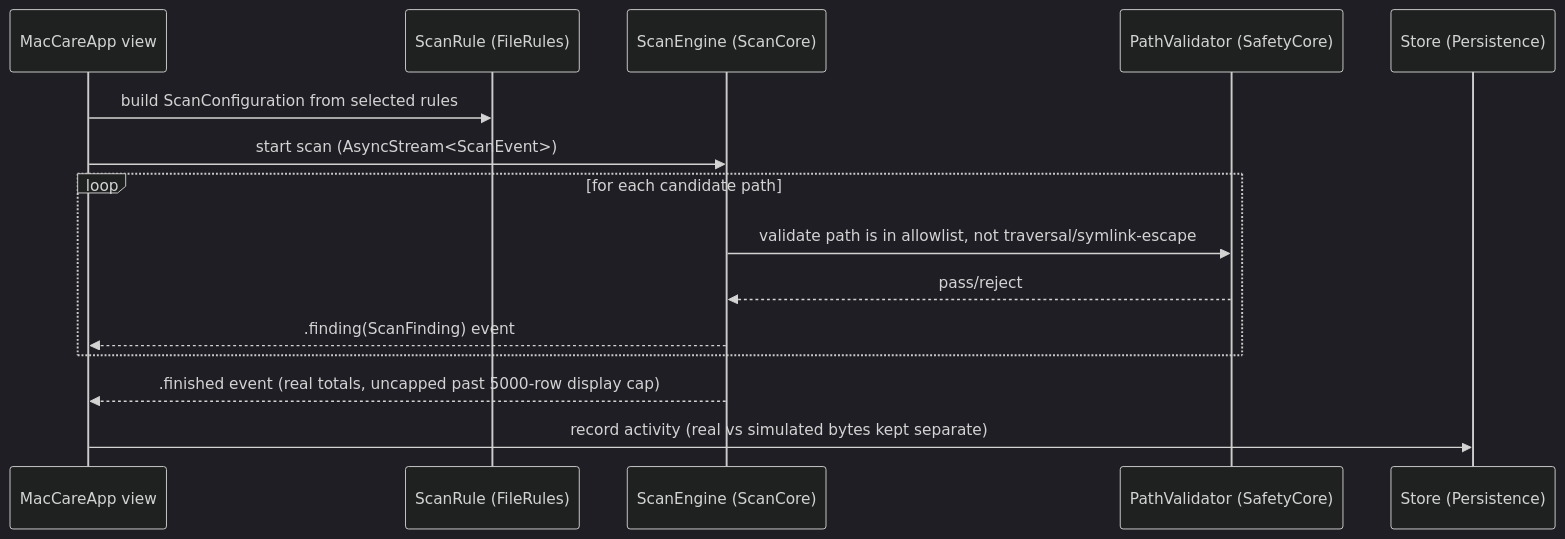
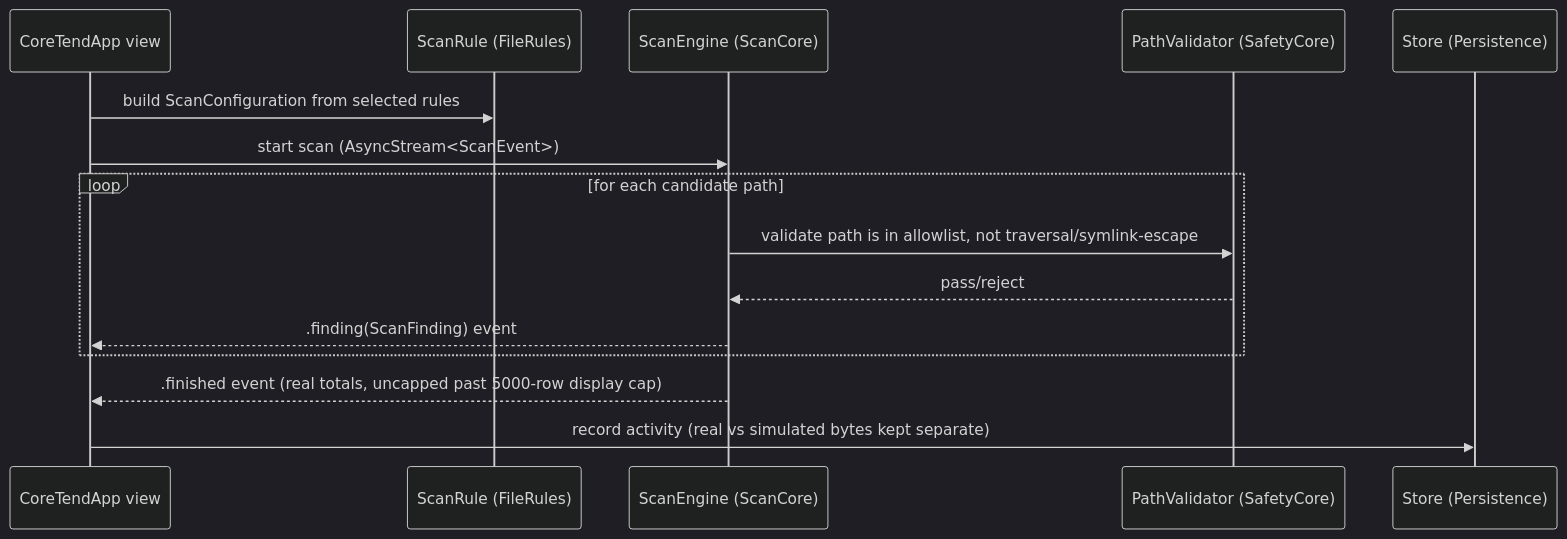
The second of 4 diagrams in Documentation/ARCHITECTURE_INVENTORY.md (ahmetbsbnr/coretend), drawn with Mermaid (dark theme) before and after one commit. The commit also changed other lines of this file and 220 other files, not shown here.

First line of the commit message:
refactor(brand)!: rename the product from MacCare Local to CoreTend

````diff
--- a/Documentation/ARCHITECTURE_INVENTORY.md
+++ b/Documentation/ARCHITECTURE_INVENTORY.md
@@ -77,18 +77,18 @@
 ```mermaid
 sequenceDiagram
-    participant UI as MacCareApp view
+    participant UI as CoreTendApp view
     participant SR as ScanRule (FileRules)
     participant SE as ScanEngine (ScanCore)
     participant PV as PathValidator (SafetyCore)
     participant ST as Store (Persistence)
 
     UI->>SR: build ScanConfiguration from selected rules
     UI->>SE: start scan (AsyncStream<ScanEvent>)
     loop for each candidate path
         SE->>PV: validate path is in allowlist, not traversal/symlink-escape
         PV-->>SE: pass/reject
         SE-->>UI: .finding(ScanFinding) event
     end
     SE-->>UI: .finished event (real totals, uncapped past 5000-row display cap)
     UI->>ST: record activity (real vs simulated bytes kept separate)
 ```
````
